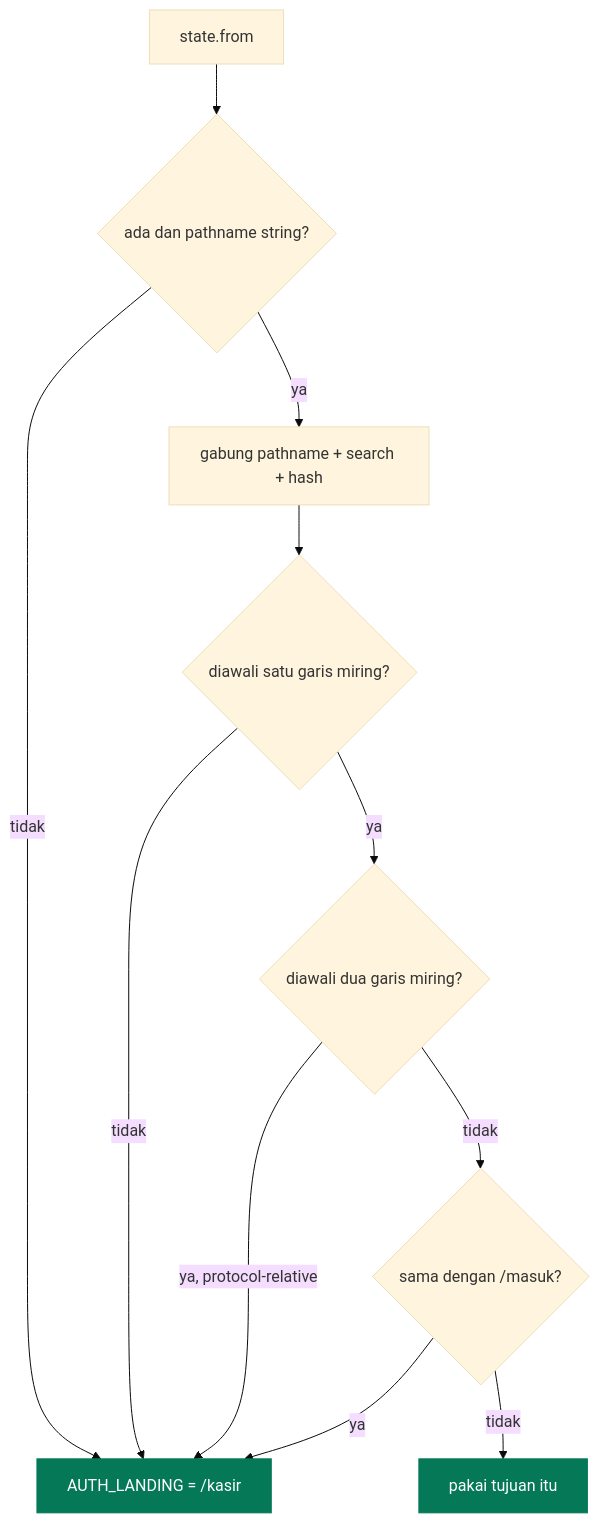
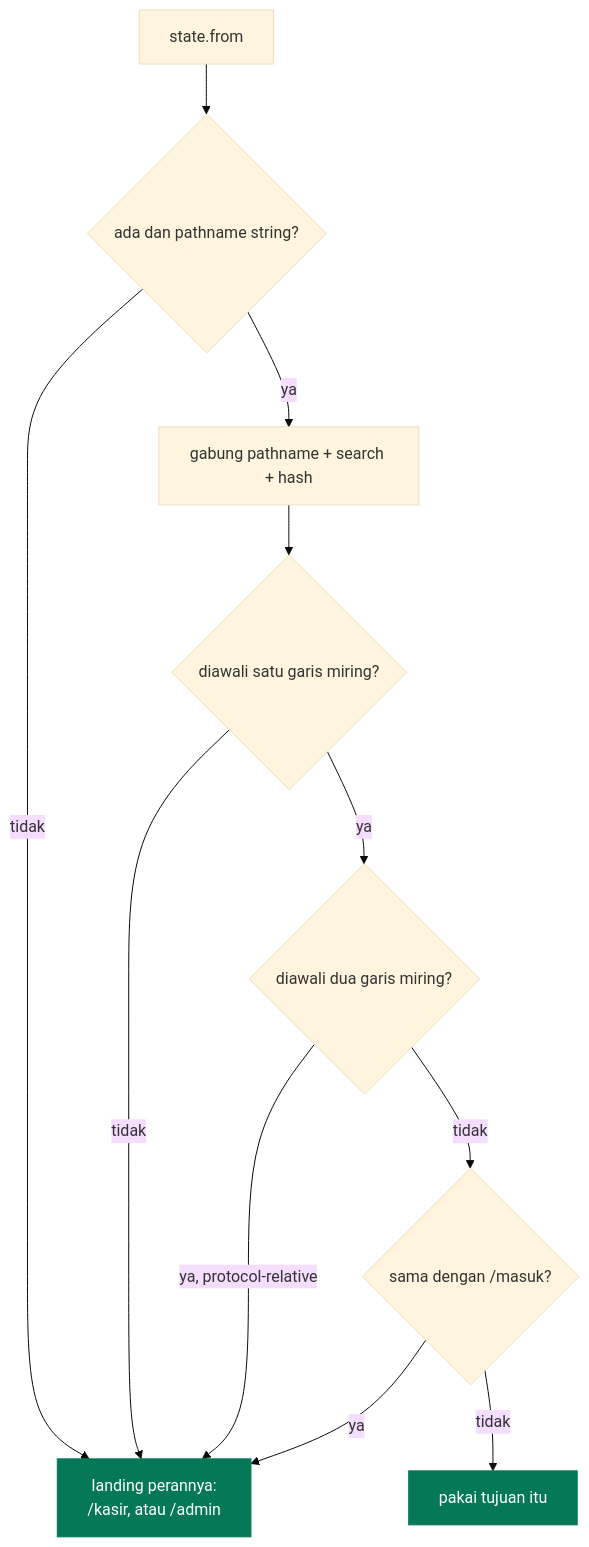
The eighth of 8 diagrams in docs/autentikasi.md (nadhimc/simple-pos-kkn-agung), drawn with Mermaid (base theme) before and after one commit. The commit also changed other lines of this file and 10 other files, not shown here.

````diff
--- a/docs/autentikasi.md
+++ b/docs/autentikasi.md
@@ -231,16 +320,16 @@
 ```mermaid
 flowchart TD
   IN["state.from"] --> C1{"ada dan pathname string?"}
-  C1 -->|"tidak"| DEF["AUTH_LANDING = /kasir"]
+  C1 -->|"tidak"| DEF["landing perannya:<br/>/kasir, atau /admin"]
   C1 -->|"ya"| BUILD["gabung pathname + search + hash"]
   BUILD --> C2{"diawali satu garis miring?"}
   C2 -->|"tidak"| DEF
   C2 -->|"ya"| C3{"diawali dua garis miring?"}
   C3 -->|"ya, protocol-relative"| DEF
   C3 -->|"tidak"| C4{"sama dengan /masuk?"}
   C4 -->|"ya"| DEF
   C4 -->|"tidak"| OK["pakai tujuan itu"]
 
   classDef safe fill:#047857,stroke:#047857,color:#ffffff
   class OK,DEF safe
 ```
````
